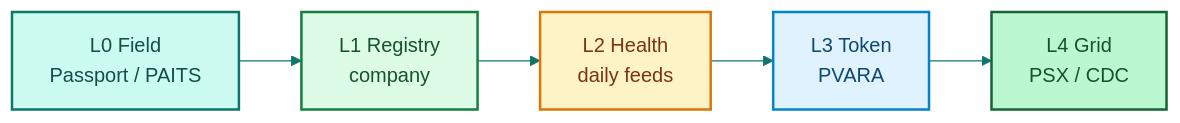
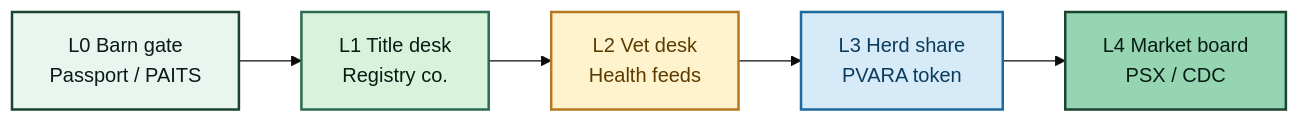
The diagram in README.md (AmmarJamshed/livestock-smart-asset-stack-whitepaper), drawn with Mermaid before and after one commit. The commit also changed other lines of this file and 3 other files, not shown here.

Commit message:
style: farm-to-market UX palette, metaphors, and high-contrast diagrams

````diff
--- a/README.md
+++ b/README.md
@@ -38,18 +26,18 @@
 ```mermaid
-%%{init: {'theme':'base', 'themeVariables': { 'primaryColor':'#CCFBF1', 'primaryTextColor':'#134E4A', 'primaryBorderColor':'#0F766E', 'lineColor':'#0F766E', 'secondaryColor':'#FEF3C7', 'tertiaryColor':'#DCFCE7'}}}%%
+%%{init: {'theme':'base'}}%%
 flowchart LR
-  A[L0 Field<br/>Passport / PAITS] --> B[L1 Registry<br/>company]
-  B --> C[L2 Health<br/>daily feeds]
-  C --> D[L3 Token<br/>PVARA]
-  D --> E[L4 Grid<br/>PSX / CDC]
-  classDef l0 fill:#CCFBF1,stroke:#0F766E,color:#134E4A,stroke-width:2px
-  classDef l1 fill:#DCFCE7,stroke:#15803D,color:#14532D,stroke-width:2px
-  classDef l2 fill:#FEF3C7,stroke:#D97706,color:#78350F,stroke-width:2px
-  classDef l3 fill:#E0F2FE,stroke:#0284C7,color:#0C4A6E,stroke-width:2px
-  classDef l4 fill:#BBF7D0,stroke:#166534,color:#14532D,stroke-width:2px
-  class A l0
-  class B l1
-  class C l2
-  class D l3
-  class E l4
+  A[L0 Barn gate<br/>Passport / PAITS] --> B[L1 Title desk<br/>Registry co.]
+  B --> C[L2 Vet desk<br/>Health feeds]
+  C --> D[L3 Herd share<br/>PVARA token]
+  D --> E[L4 Market board<br/>PSX / CDC]
+  classDef barn fill:#E9F5EE,stroke:#1B4332,color:#081C15,stroke-width:2px
+  classDef title fill:#D8F3DC,stroke:#2D6A4F,color:#081C15,stroke-width:2px
+  classDef vet fill:#FFF3CD,stroke:#B7791F,color:#5C3B00,stroke-width:2px
+  classDef share fill:#D6EAF8,stroke:#1D6A9F,color:#0B3C5D,stroke-width:2px
+  classDef board fill:#95D5B2,stroke:#1B4332,color:#081C15,stroke-width:2px
+  class A barn
+  class B title
+  class C vet
+  class D share
+  class E board
 ```
````
